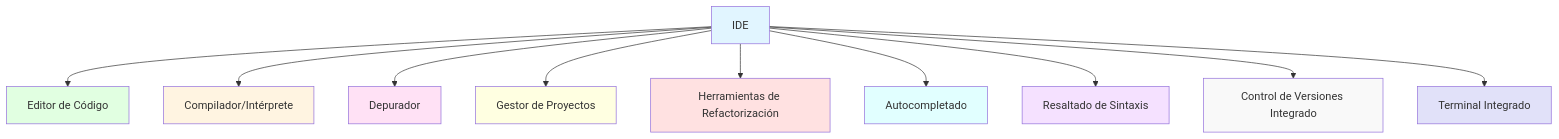
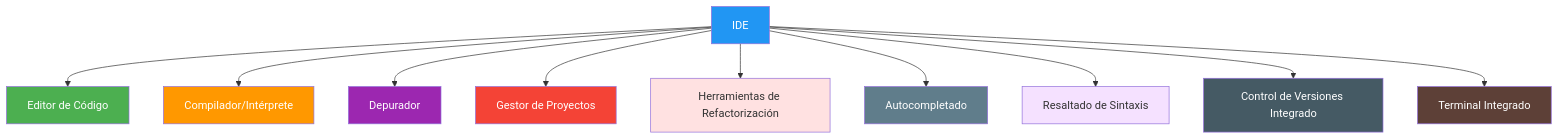
One commit to joseluisgs/EntornosDesarrollo-01-2026-2027 changed the fourth of 4 diagrams in 07-herramientas-apoyo.md. Above: the diagram before and after it, drawn with Mermaid. The commit also changed other lines of this file and 9 other files, not shown here.

Commit message:
[fix] Mejoras didácticas y corrección de colores Mermaid en UD01

````diff
--- a/07-herramientas-apoyo.md
+++ b/07-herramientas-apoyo.md
@@ -157,23 +157,23 @@
 ```mermaid
 graph TD
     A[IDE] --> B[Editor de Código]
     A --> C[Compilador/Intérprete]
     A --> D[Depurador]
     A --> E[Gestor de Proyectos]
     A --> F[Herramientas de Refactorización]
     A --> G[Autocompletado]
     A --> H[Resaltado de Sintaxis]
     A --> I[Control de Versiones Integrado]
     A --> J[Terminal Integrado]
 
-    style A fill:#e1f5ff
-    style B fill:#e1ffe1
-    style C fill:#fff4e1
-    style D fill:#ffe1f5
-    style E fill:#ffffe1
+    style A fill:#2196F3,color:#fff
+    style B fill:#4CAF50,color:#fff
+    style C fill:#FF9800,color:#fff
+    style D fill:#9C27B0,color:#fff
+    style E fill:#f44336,color:#fff
     style F fill:#ffe1e1
-    style G fill:#e1ffff
+    style G fill:#607D8B,color:#fff
     style H fill:#f5e1ff
-    style I fill:#f9f9f9
-    style J fill:#e1e1f9
+    style I fill:#455A64,color:#fff
+    style J fill:#5D4037,color:#fff
 ```
````
